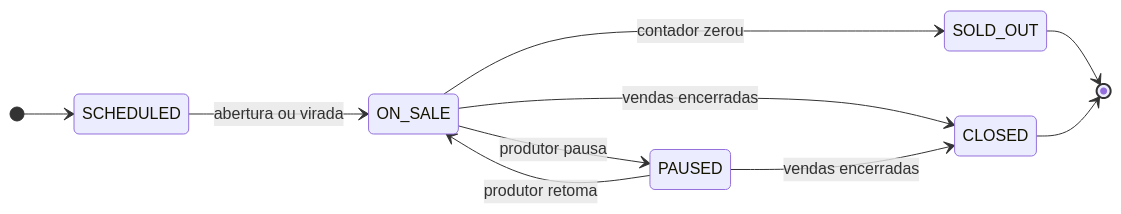
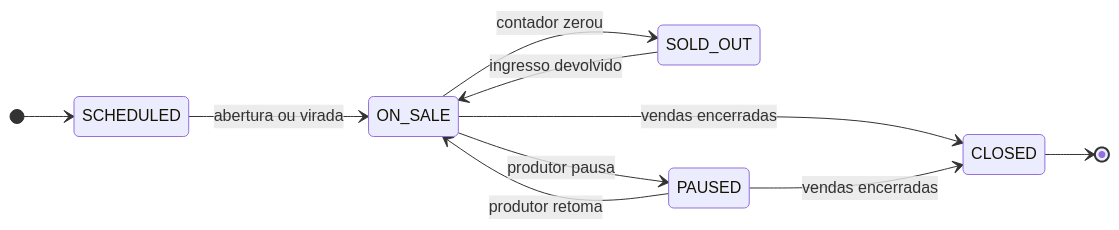
One commit to CezarGarcia/Lotou changed the second of 7 diagrams in docs/projeto.md. Above: the diagram before and after it, drawn with Mermaid. The commit also changed other lines of this file and 13 other files, not shown here.

````diff
--- a/docs/projeto.md
+++ b/docs/projeto.md
@@ -167,13 +173,13 @@
 ```mermaid
 stateDiagram-v2
     direction LR
     [*] --> SCHEDULED
     SCHEDULED --> ON_SALE: abertura ou virada
     ON_SALE --> SOLD_OUT: contador zerou
     ON_SALE --> PAUSED: produtor pausa
     PAUSED --> ON_SALE: produtor retoma
     ON_SALE --> CLOSED: vendas encerradas
     PAUSED --> CLOSED: vendas encerradas
-    SOLD_OUT --> [*]
+    SOLD_OUT --> ON_SALE: ingresso devolvido
     CLOSED --> [*]
 ```
````
